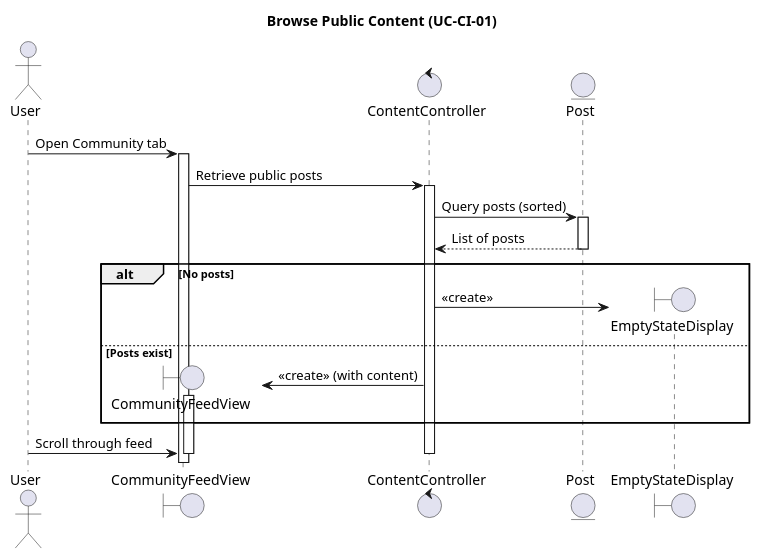
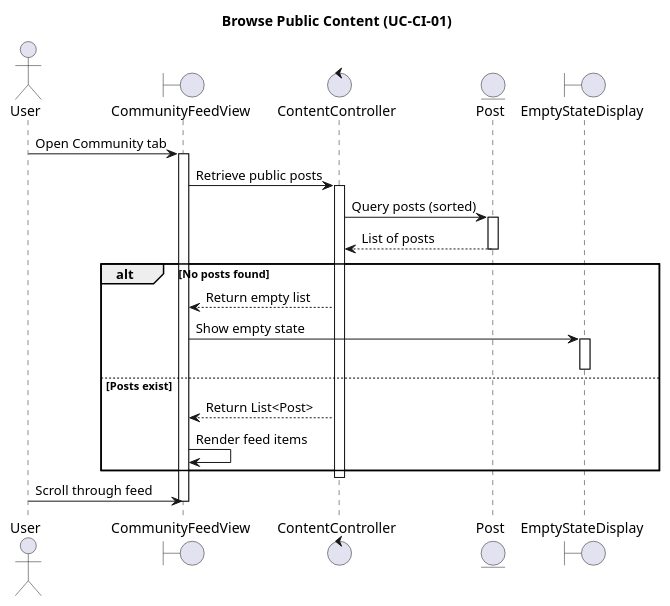
One commit to thanh309/football-app changed diagram 36 of 40 in docs/sequence_diagrams.puml. Above: the diagram before and after it, drawn with PlantUML. The commit also changed other lines of this file, not shown here.

Commit message:
fix: correct sequence diagram flows

```diff
--- a/docs/sequence_diagrams.puml
+++ b/docs/sequence_diagrams.puml
@@ -1535,35 +1534,37 @@
 @startuml
 title Browse Public Content (UC-CI-01)
 
 actor "User" as User
 boundary "CommunityFeedView" as CommunityFeedView
 control "ContentController" as ContentController
 entity "Post" as Post
 boundary "EmptyStateDisplay" as EmptyStateDisplay
 
 User -> CommunityFeedView: Open Community tab
 activate CommunityFeedView
 
 CommunityFeedView -> ContentController: Retrieve public posts
 activate ContentController
 
 ContentController -> Post: Query posts (sorted)
 activate Post
 Post --> ContentController: List of posts
 deactivate Post
 
-alt No posts
-    create EmptyStateDisplay
-    ContentController -> EmptyStateDisplay: <<create>>
+alt No posts found
+    ContentController --> CommunityFeedView: Return empty list
+    CommunityFeedView -> EmptyStateDisplay: Show empty state
+    activate EmptyStateDisplay
+    deactivate EmptyStateDisplay
+
 else Posts exist
-    create CommunityFeedView
-    ContentController -> CommunityFeedView: <<create>> (with content)
-    activate CommunityFeedView
-    deactivate CommunityFeedView
+    ContentController --> CommunityFeedView: Return List<Post>
+    CommunityFeedView -> CommunityFeedView: Render feed items
 end
 
+deactivate ContentController
+
 User -> CommunityFeedView: Scroll through feed
-deactivate ContentController
 deactivate CommunityFeedView
 
 @enduml
```
